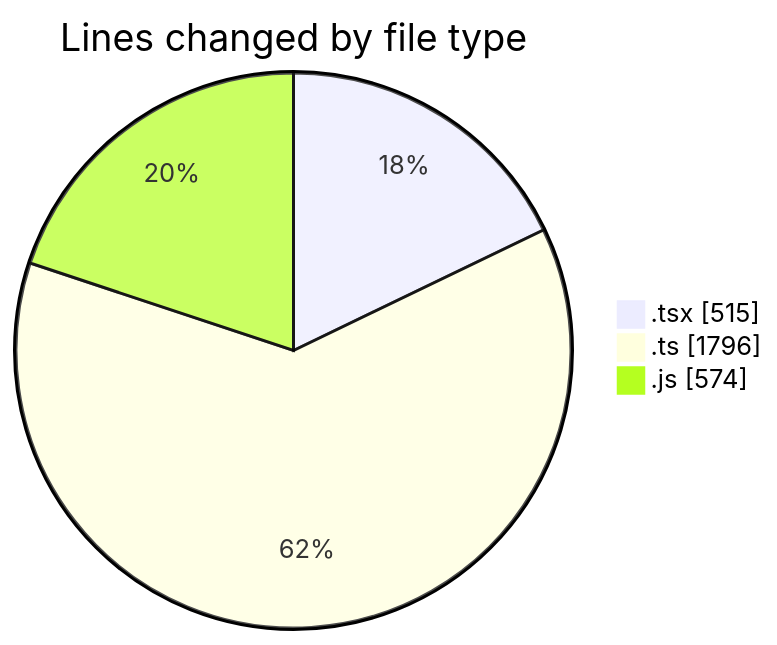
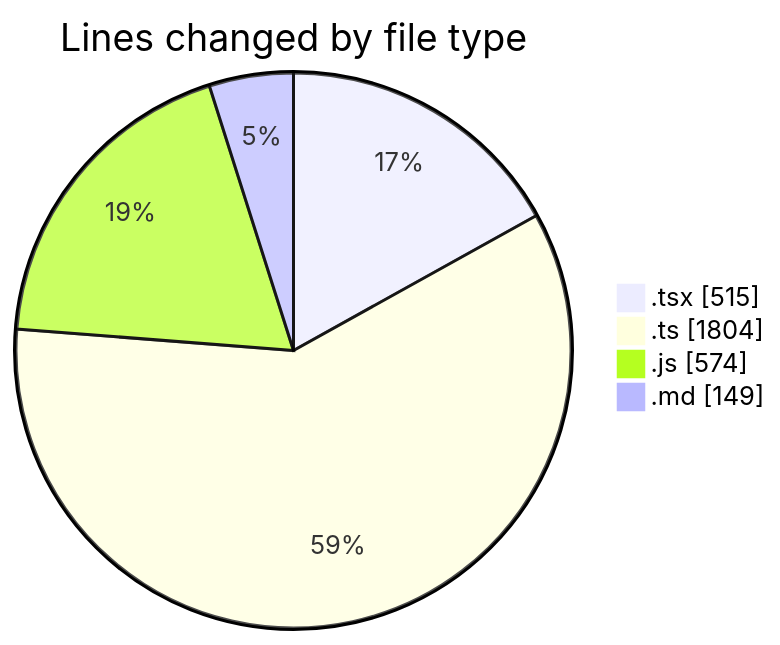
The first of 2 diagrams in 2026-06-04/cda/README.md (momahboobian/code-tracking), drawn with Mermaid before and after one commit. The commit also changed other lines of this file and 1 other file, not shown here.

````diff
--- a/2026-06-04/cda/README.md
+++ b/2026-06-04/cda/README.md
@@ -34,7 +35,8 @@
 ```mermaid
 pie showData
 title Lines changed by file type
 ".tsx" : 515
-".ts" : 1796
+".ts" : 1804
 ".js" : 574
+".md" : 149
 ```
````
